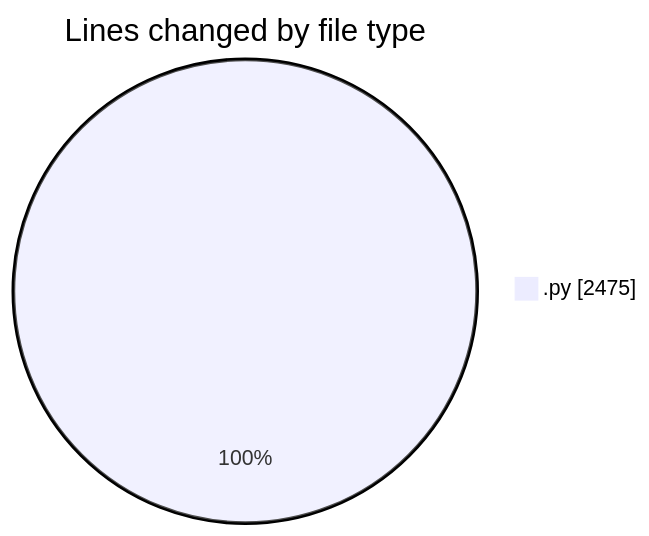
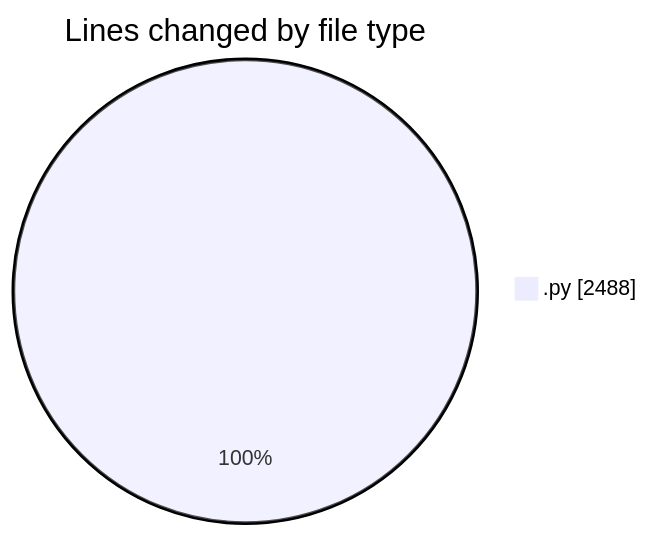
One commit to Ritupan-Deka/code-tracking changed the first of 2 diagrams in 2026-01-11/dsa/README.md. Above: the diagram before and after it, drawn with Mermaid. The commit also changed other lines of this file and 1 other file, not shown here.

````diff
--- a/2026-01-11/dsa/README.md
+++ b/2026-01-11/dsa/README.md
@@ -21,5 +21,5 @@
 ```mermaid
 pie showData
 title Lines changed by file type
-".py" : 2475
+".py" : 2488
 ```
````
